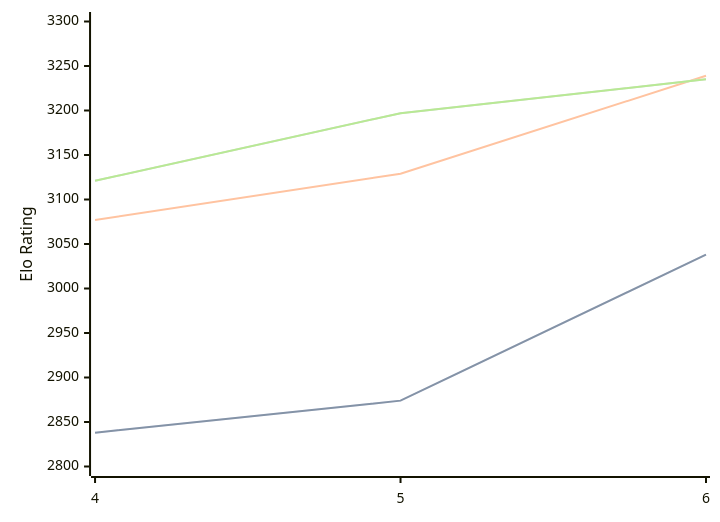
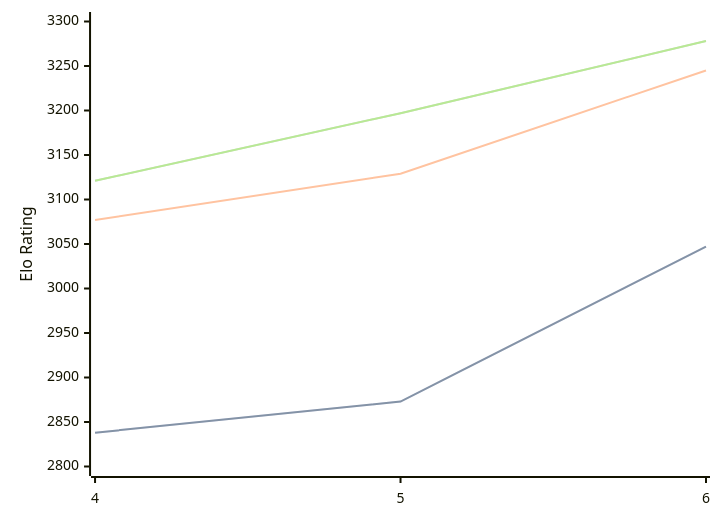
The first of 3 diagrams in engines/Cwtch.md (computer-chess-index/cci), drawn with Mermaid before and after one commit. The commit also changed other lines of this file, not shown here.

Commit message:
Update CCI Ratings (ELO VLTC) - 2026-07-10

````diff
--- a/engines/Cwtch.md
+++ b/engines/Cwtch.md
@@ -35,11 +36,11 @@
 ```mermaid
 %%{init: {"theme":"base","themeVariables":{"seriesColors:['#a3a3a3','#222221','#faa371']}}}%%
 xychart-beta
   x-axis ["4", "5", "6"]
   y-axis "Elo Rating" 2800 --> 3300
-  line "STC (8.0+0.08s)" [2838, 2874, 3038]
-  line "STC (8.0+0.08s)" [2838, 2874, 3038]
-  line "LTC (60.0+0.60s)" [3077, 3129, 3239]
-  line "VLTC (2m24s+1.12s)" [3121, 3197, 3235]
-  line "VLTC (2m24s+1.12s)" [3121, 3197, 3235]
+  line "STC (8.0+0.08s)" [2838, 2873, 3047]
+  line "STC (8.0+0.08s)" [2838, 2873, 3047]
+  line "LTC (60.0+0.60s)" [3077, 3129, 3245]
+  line "VLTC (2m24s+1.12s)" [3121, 3197, 3278]
+  line "VLTC (2m24s+1.12s)" [3121, 3197, 3278]
 ```
````
